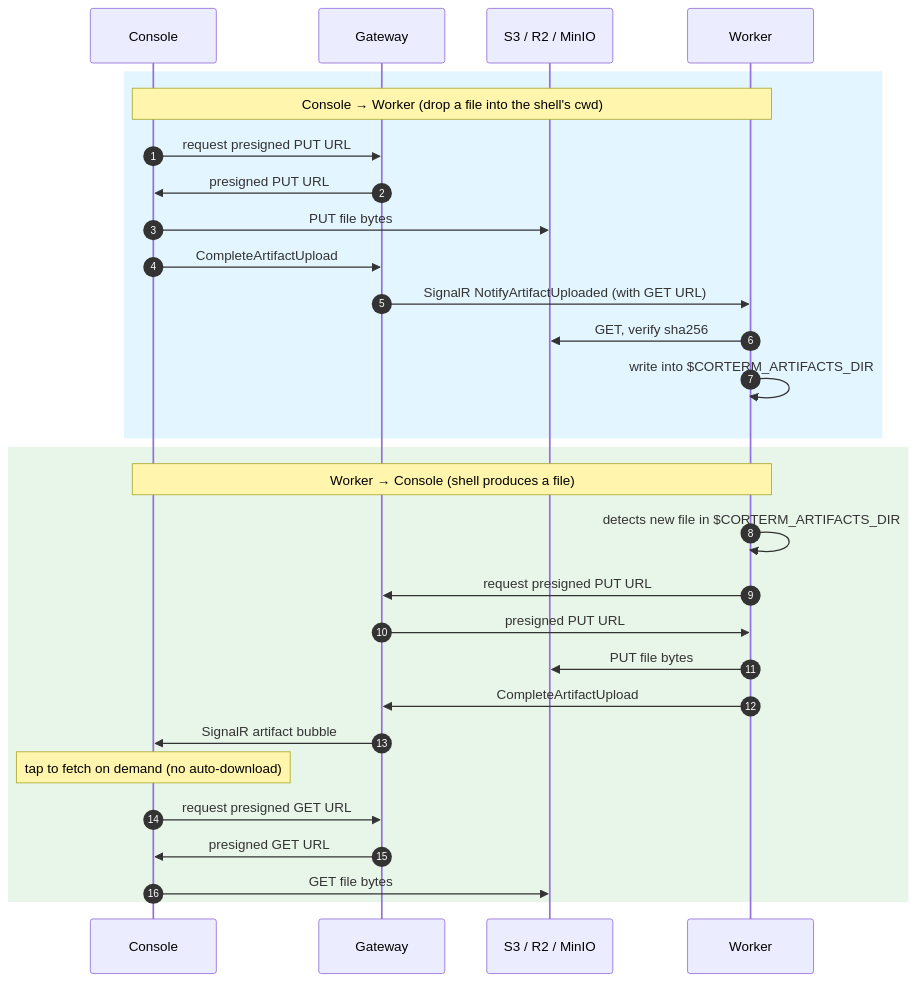
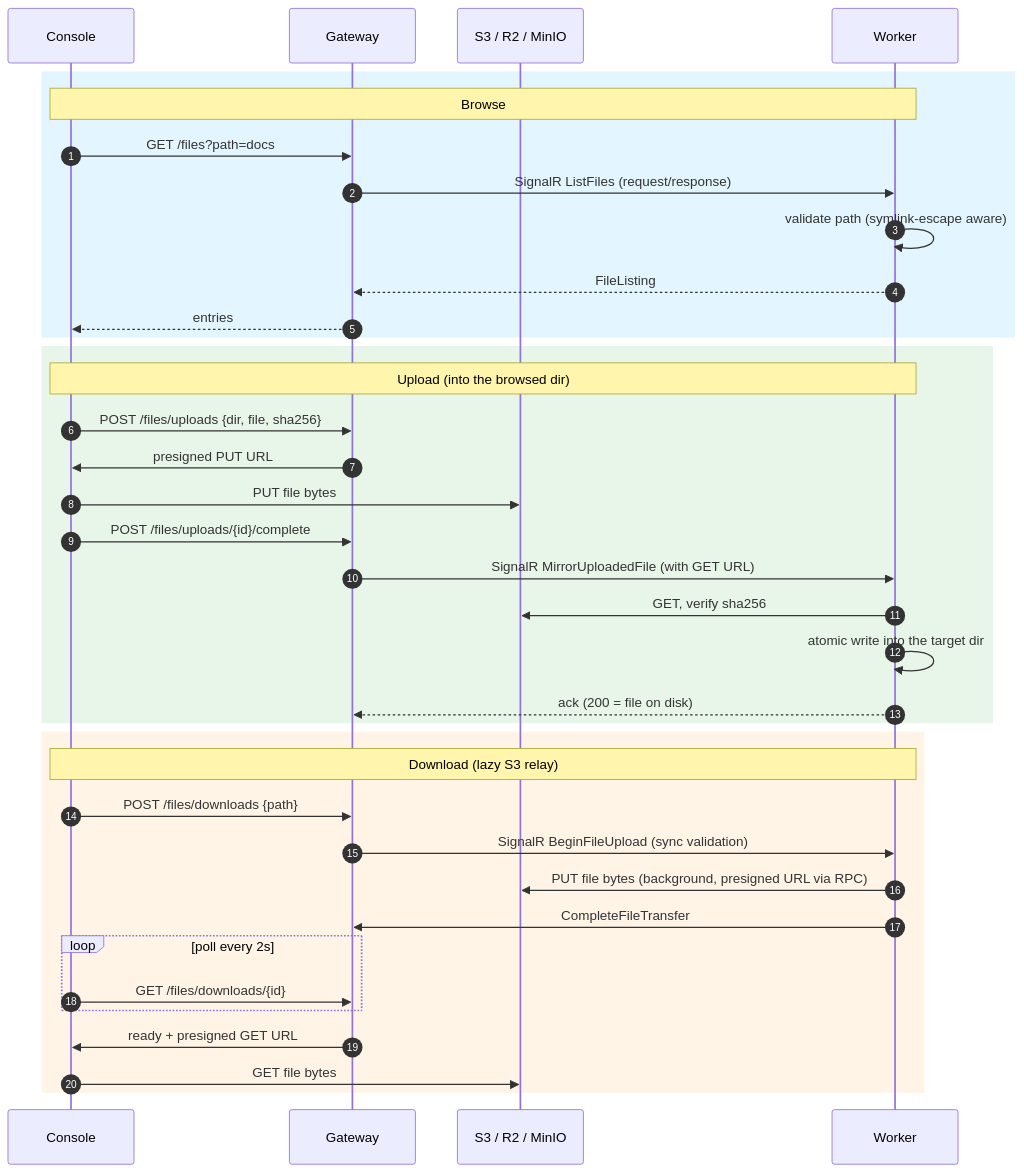
One commit to monster-echo/CortexTerminal2 changed the second of 2 diagrams in README.md. Above: the diagram before and after it, drawn with Mermaid. The commit also changed other lines of this file and 12 other files, not shown here.

First line of the commit message:
test(remote-files): unit tests for path validation, registry, and transfers

````diff
--- a/README.md
+++ b/README.md
@@ -215,33 +218,42 @@
 ```mermaid
 sequenceDiagram
     autonumber
     participant C as Console
     participant G as Gateway
     participant S3 as S3 / R2 / MinIO
     participant W as Worker
 
     rect rgb(227, 245, 254)
-    note over C,W: Console → Worker (drop a file into the shell's cwd)
-    C->>G: request presigned PUT URL
-    G->>C: presigned PUT URL
-    C->>S3: PUT file bytes
-    C->>G: CompleteArtifactUpload
-    G->>W: SignalR NotifyArtifactUploaded (with GET URL)
-    W->>S3: GET, verify sha256
-    W->>W: write into $CORTERM_ARTIFACTS_DIR
+    note over C,W: Browse
+    C->>G: GET /files?path=docs
+    G->>W: SignalR ListFiles (request/response)
+    W->>W: validate path (symlink-escape aware)
+    W-->>G: FileListing
+    G-->>C: entries
     end
 
     rect rgb(232, 245, 233)
-    note over C,W: Worker → Console (shell produces a file)
-    W->>W: detects new file in $CORTERM_ARTIFACTS_DIR
-    W->>G: request presigned PUT URL
-    G->>W: presigned PUT URL
-    W->>S3: PUT file bytes
-    W->>G: CompleteArtifactUpload
-    G->>C: SignalR artifact bubble
-    Note over C: tap to fetch on demand (no auto-download)
-    C->>G: request presigned GET URL
-    G->>C: presigned GET URL
+    note over C,W: Upload (into the browsed dir)
+    C->>G: POST /files/uploads {dir, file, sha256}
+    G->>C: presigned PUT URL
+    C->>S3: PUT file bytes
+    C->>G: POST /files/uploads/{id}/complete
+    G->>W: SignalR MirrorUploadedFile (with GET URL)
+    W->>S3: GET, verify sha256
+    W->>W: atomic write into the target dir
+    W-->>G: ack (200 = file on disk)
+    end
+
+    rect rgb(255, 244, 230)
+    note over C,W: Download (lazy S3 relay)
+    C->>G: POST /files/downloads {path}
+    G->>W: SignalR BeginFileUpload (sync validation)
+    W->>S3: PUT file bytes (background, presigned URL via RPC)
+    W->>G: CompleteFileTransfer
+    loop poll every 2s
+        C->>G: GET /files/downloads/{id}
+    end
+    G->>C: ready + presigned GET URL
     C->>S3: GET file bytes
     end
 ```
````
